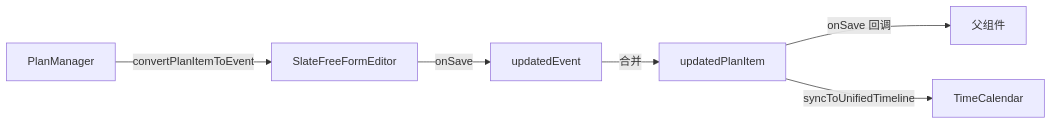
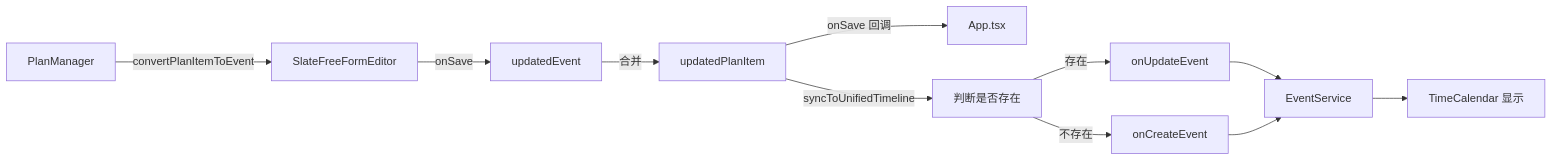
Before and after one commit to zoeysnowy/ReMarkable: the second of 2 diagrams in docs/PRD/PLANMANAGER_MODULE_PRD.md, drawn with Mermaid. The commit also changed other lines of this file, not shown here.

````diff
--- a/docs/PRD/PLANMANAGER_MODULE_PRD.md
+++ b/docs/PRD/PLANMANAGER_MODULE_PRD.md
@@ -626,8 +653,13 @@
 ```mermaid
 graph LR
     A[PlanManager] -->|convertPlanItemToEvent| B[SlateFreeFormEditor]
     B -->|onSave| C[updatedEvent]
     C -->|合并| D[updatedPlanItem]
-    D -->|onSave 回调| E[父组件]
-    D -->|syncToUnifiedTimeline| F[TimeCalendar]
+    D -->|onSave 回调| E[App.tsx]
+    D -->|syncToUnifiedTimeline| F[判断是否存在]
+    F -->|存在| G[onUpdateEvent]
+    F -->|不存在| H[onCreateEvent]
+    G --> I[EventService]
+    H --> I
+    I --> J[TimeCalendar 显示]
 ```
````
